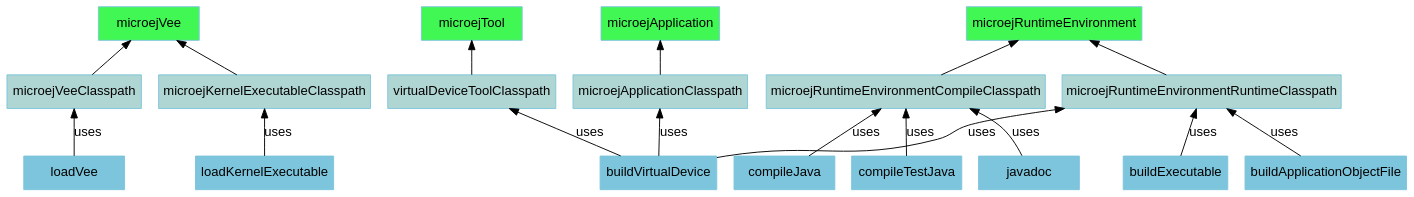
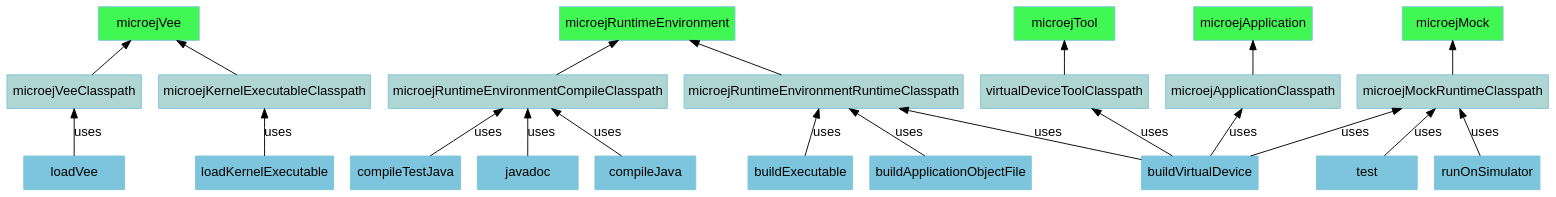
The diagram in SDK6UserGuide/appendix/graphConfigurations.dot (MicroEJ/docs), drawn with Graphviz before and after one commit. The commit also changed 1 other file, not shown here.

Commit message:
Changed dependency graph

```diff
--- a/SDK6UserGuide/appendix/graphConfigurations.dot
+++ b/SDK6UserGuide/appendix/graphConfigurations.dot
@@ -1,40 +1,46 @@
 digraph mygraph {
     rankdir="BT";
     bgcolor="transparent"
     fontname="Helvetica,Arial,sans-serif"
     node [
         shape = box
         width = 1.5
         color = "#7dc5dc"
         style = filled
         fontname="Helvetica,Arial,sans-serif"
     ]
     edge [fontname="Helvetica,Arial,sans-serif"]
     "microejVee" [fillcolor = "#41f753"]
     "microejApplication" [fillcolor = "#41f753"]
     "microejTool" [fillcolor = "#41f753"]
     "microejRuntimeEnvironment" [fillcolor = "#41f753"]
+    "microejMock" [fillcolor = "#41f753"]
     "microejApplicationClasspath" [fillcolor = "#b0d6d3"]
     "microejVeeClasspath" [fillcolor = "#b0d6d3"]
     "microejKernelExecutableClasspath" [fillcolor = "#b0d6d3"]
     "virtualDeviceToolClasspath" [fillcolor = "#b0d6d3"]
     "microejRuntimeEnvironmentCompileClasspath" [fillcolor = "#b0d6d3"]
     "microejRuntimeEnvironmentRuntimeClasspath" [fillcolor = "#b0d6d3"]
+    "microejMockRuntimeClasspath" [fillcolor = "#b0d6d3"]
 
     "loadVee" -> "microejVeeClasspath" [ label="uses" ]
     "microejVeeClasspath" -> "microejVee"
     "loadKernelExecutable" -> "microejKernelExecutableClasspath" [ label="uses" ]
     "microejKernelExecutableClasspath" -> "microejVee"
     "buildVirtualDevice" -> "microejApplicationClasspath" [ label="uses" ]
     "buildVirtualDevice" -> "virtualDeviceToolClasspath" [ label="uses" ]
     "microejApplicationClasspath" -> "microejApplication"
     "virtualDeviceToolClasspath" -> "microejTool"
     "microejRuntimeEnvironmentCompileClasspath" -> "microejRuntimeEnvironment"
     "microejRuntimeEnvironmentRuntimeClasspath" -> "microejRuntimeEnvironment"
     "compileJava" -> "microejRuntimeEnvironmentCompileClasspath" [ label="uses" ]
     "compileTestJava" -> "microejRuntimeEnvironmentCompileClasspath" [ label="uses" ]
     "javadoc" -> "microejRuntimeEnvironmentCompileClasspath" [ label="uses" ]
     "buildVirtualDevice" -> "microejRuntimeEnvironmentRuntimeClasspath" [ label="uses" ]
     "buildApplicationObjectFile" -> "microejRuntimeEnvironmentRuntimeClasspath" [ label="uses" ]
     "buildExecutable" -> "microejRuntimeEnvironmentRuntimeClasspath" [ label="uses" ]
+    "microejMockRuntimeClasspath" -> "microejMock"
+    "buildVirtualDevice" -> "microejMockRuntimeClasspath" [ label="uses" ]
+    "runOnSimulator" -> "microejMockRuntimeClasspath" [ label="uses" ]
+    "test" -> "microejMockRuntimeClasspath" [ label="uses" ]
 }
```
